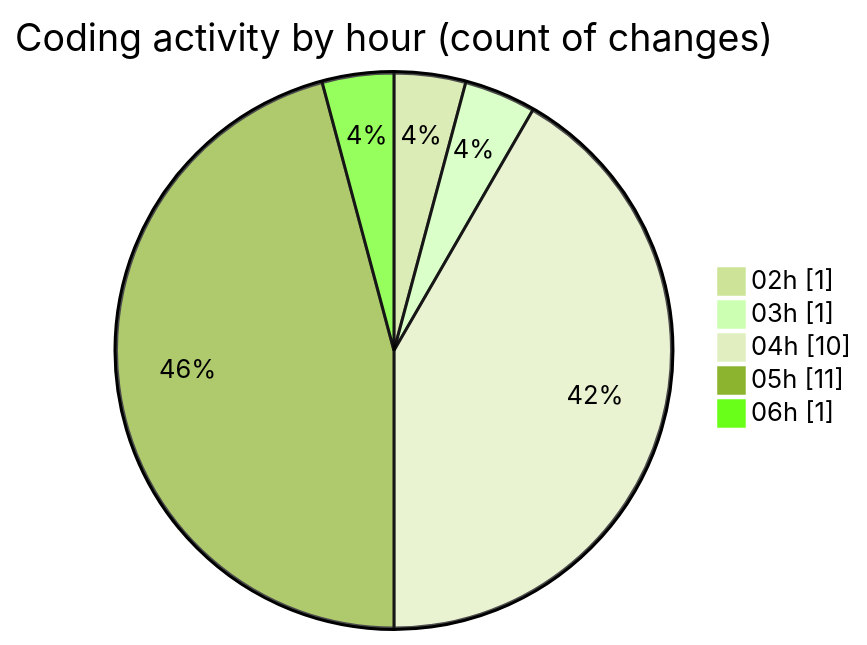
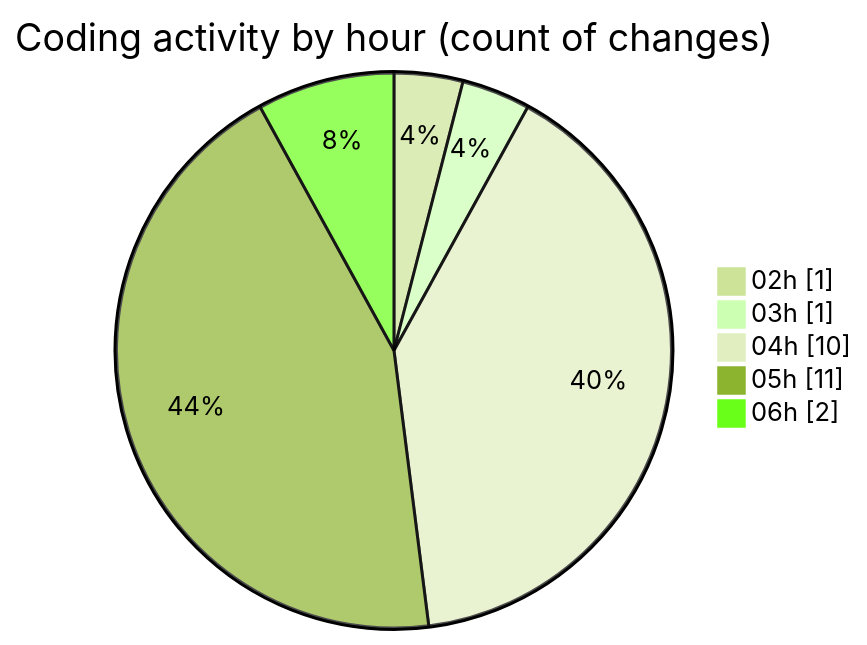
The second of 2 diagrams in 2025-10-31/cdp_aleoudev_fr__workspace_/README.md (julien-gomy/code-tracking), drawn with Mermaid (forest theme) before and after one commit. The commit also changed other lines of this file and 1 other file, not shown here.

````diff
--- a/2025-10-31/cdp_aleoudev_fr__workspace_/README.md
+++ b/2025-10-31/cdp_aleoudev_fr__workspace_/README.md
@@ -29,9 +29,9 @@
 ```mermaid
 pie showData
 title Coding activity by hour (count of changes)
 "02h" : 1
 "03h" : 1
 "04h" : 10
 "05h" : 11
-"06h" : 1
+"06h" : 2
 ```
````
